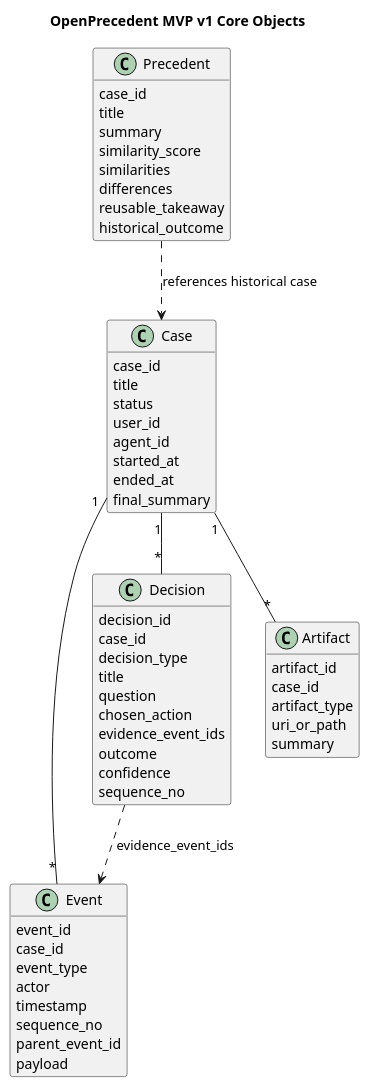
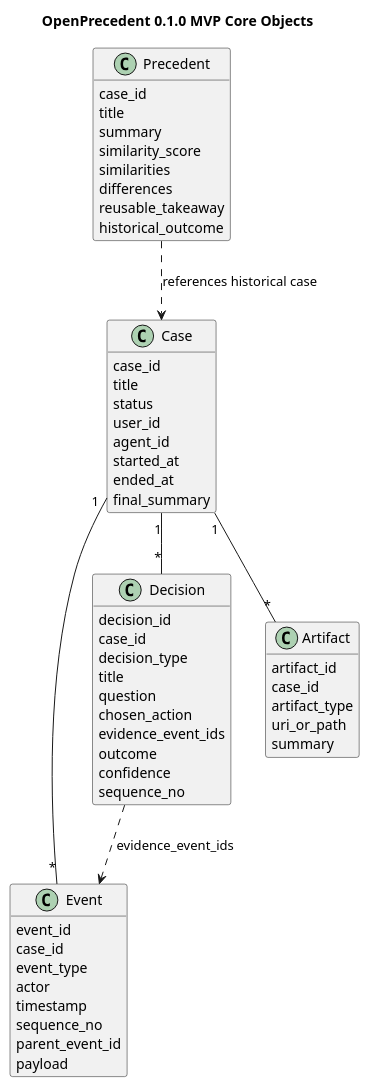
One commit to openprecedent/openprecedent changed the fourth of 4 diagrams in docs/architecture/mvp-design.md. Above: the diagram before and after it, drawn with PlantUML. The commit also changed other lines of this file and 11 other files, not shown here.

````diff
--- a/docs/architecture/mvp-design.md
+++ b/docs/architecture/mvp-design.md
@@ -193,68 +193,68 @@
 ```plantuml
 @startuml
 skinparam shadowing false
 hide methods
 hide stereotypes
-title OpenPrecedent MVP v1 Core Objects
+title OpenPrecedent 0.1.0 MVP Core Objects
 
 class Case {
   case_id
   title
   status
   user_id
   agent_id
   started_at
   ended_at
   final_summary
 }
 
 class Event {
   event_id
   case_id
   event_type
   actor
   timestamp
   sequence_no
   parent_event_id
   payload
 }
 
 class Decision {
   decision_id
   case_id
   decision_type
   title
   question
   chosen_action
   evidence_event_ids
   outcome
   confidence
   sequence_no
 }
 
 class Artifact {
   artifact_id
   case_id
   artifact_type
   uri_or_path
   summary
 }
 
 class Precedent {
   case_id
   title
   summary
   similarity_score
   similarities
   differences
   reusable_takeaway
   historical_outcome
 }
 
 Case "1" -- "*" Event
 Case "1" -- "*" Decision
 Case "1" -- "*" Artifact
 Decision ..> Event : evidence_event_ids
 Precedent ..> Case : references historical case
 @enduml
 ```
````
